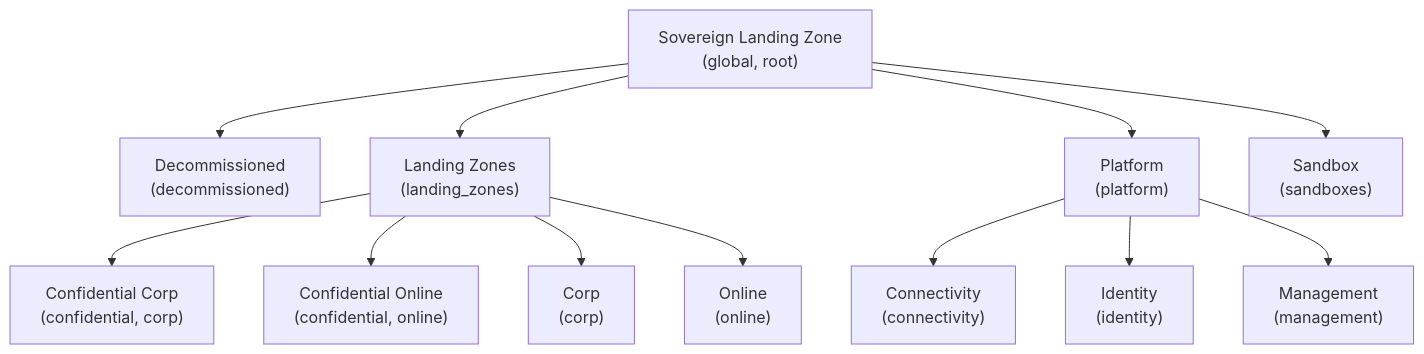
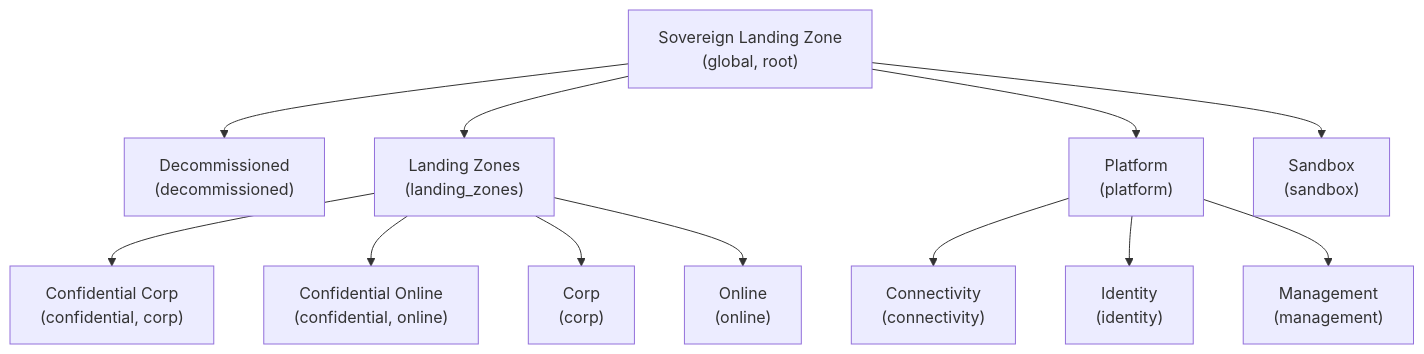
The second of 2 diagrams in platform/slz/README.md (Azure/Azure-Landing-Zones-Library), drawn with Mermaid before and after one commit. The commit also changed other lines of this file and 3 other files, not shown here.

````diff
--- a/platform/slz/README.md
+++ b/platform/slz/README.md
@@ -67,39 +70,39 @@
 ```mermaid
 flowchart TD
   mcfs["Sovereign Landing Zone
 (global, root)"]
   mcfs --> mcfs-decommissioned
   mcfs-decommissioned["Decommissioned
 (decommissioned)"]
   mcfs --> mcfs-landingzones
   mcfs-landingzones["Landing Zones
 (landing_zones)"]
   mcfs-landingzones --> mcfs-landingzones-confidential-corp
   mcfs-landingzones-confidential-corp["Confidential Corp
 (confidential, corp)"]
   mcfs-landingzones --> mcfs-landingzones-confidential-online
   mcfs-landingzones-confidential-online["Confidential Online
 (confidential, online)"]
   mcfs-landingzones --> mcfs-landingzones-corp
   mcfs-landingzones-corp["Corp
 (corp)"]
   mcfs-landingzones --> mcfs-landingzones-online
   mcfs-landingzones-online["Online
 (online)"]
   mcfs --> mcfs-platform
   mcfs-platform["Platform
 (platform)"]
   mcfs-platform --> mcfs-platform-connectivity
   mcfs-platform-connectivity["Connectivity
 (connectivity)"]
   mcfs-platform --> mcfs-platform-identity
   mcfs-platform-identity["Identity
 (identity)"]
   mcfs-platform --> mcfs-platform-management
   mcfs-platform-management["Management
 (management)"]
   mcfs --> mcfs-sandbox
   mcfs-sandbox["Sandbox
-(sandboxes)"]
+(sandbox)"]
 
 ```
````
